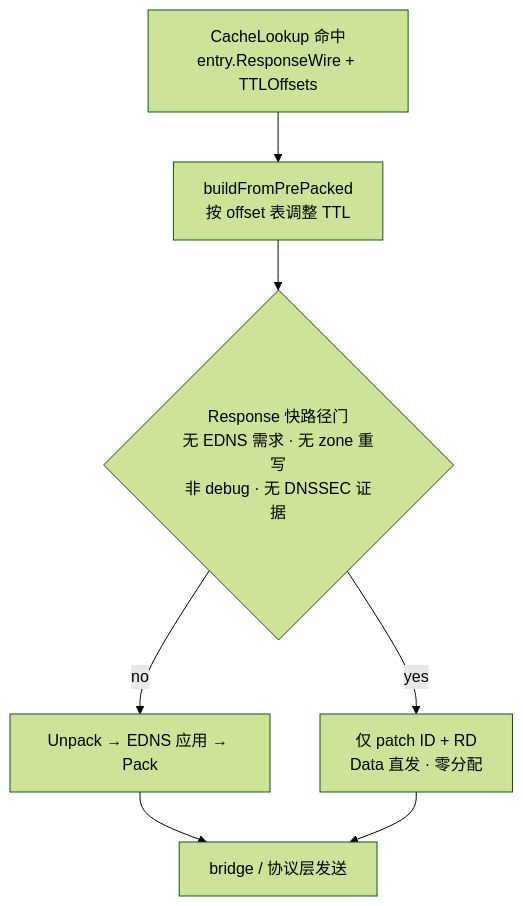
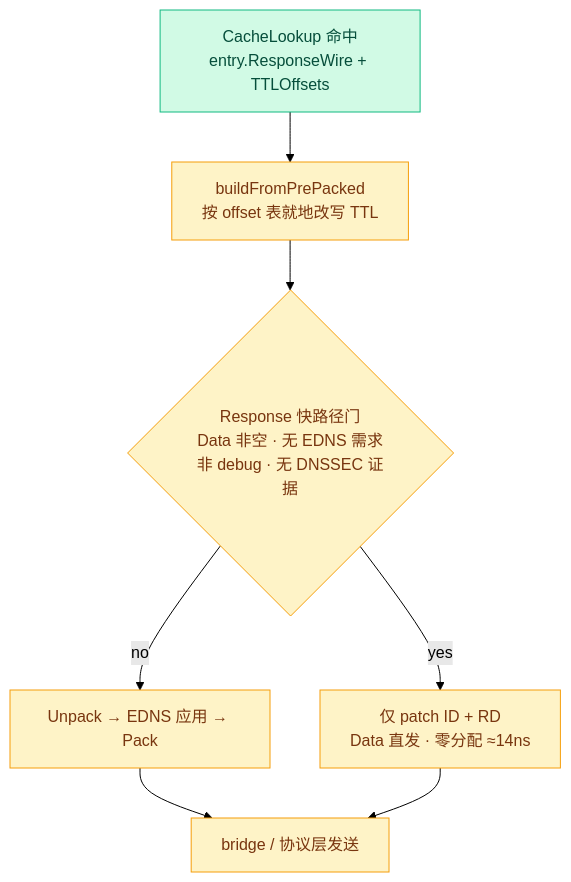
The fifth of 30 diagrams in docs/FLOWCHARTS.md (hezhijie0327/ZJDNS), drawn with Mermaid (forest theme) before and after one commit. The commit also changed other lines of this file and 8 other files, not shown here.

````diff
--- a/docs/FLOWCHARTS.md
+++ b/docs/FLOWCHARTS.md
@@ -69,9 +127,13 @@
 ```mermaid
 graph TD
-    HIT[CacheLookup 命中<br/>entry.ResponseWire + TTLOffsets] --> BP[buildFromPrePacked<br/>按 offset 表调整 TTL]
-    BP --> GATE{Response 快路径门<br/>无 EDNS 需求 · 无 zone 重写<br/>非 debug · 无 DNSSEC 证据}
-    GATE -->|yes| PATCH[仅 patch ID + RD<br/>Data 直发 · 零分配]
+    HIT[CacheLookup 命中<br/>entry.ResponseWire + TTLOffsets] --> BP[buildFromPrePacked<br/>按 offset 表就地改写 TTL]
+    BP --> GATE{Response 快路径门<br/>Data 非空 · 无 EDNS 需求<br/>非 debug · 无 DNSSEC 证据}
+    GATE -->|yes| PATCH[仅 patch ID + RD<br/>Data 直发 · 零分配 ≈14ns]
     GATE -->|no| UNP[Unpack → EDNS 应用 → Pack]
     UNP --> SEND[bridge / 协议层发送]
     PATCH --> SEND
+    classDef hit fill:#d1fae5,stroke:#10b981,color:#064e3b
+    classDef proc fill:#fef3c7,stroke:#f59e0b,color:#78350f
+    class HIT hit
+    class BP,GATE,PATCH,UNP,SEND proc
 ```
````
